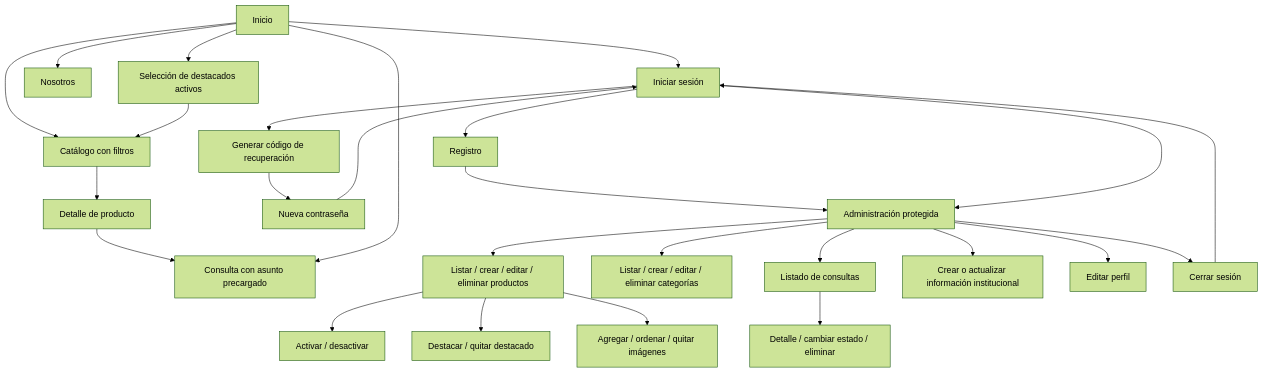
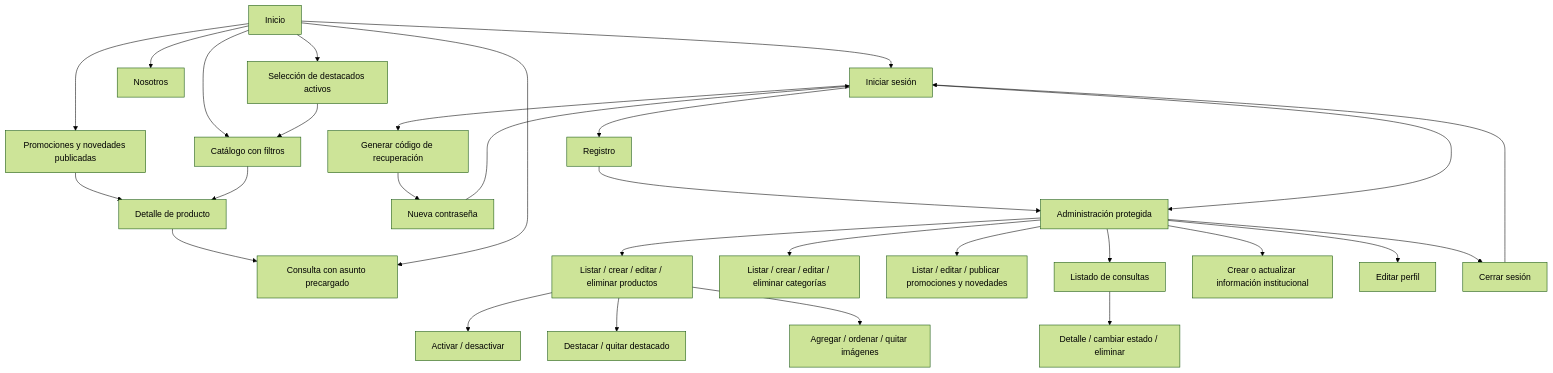
The first of 2 diagrams in docs/ARQUITECTURA.md (matiasalek/Aplicaciones-Interactivas-TPO-Frontend), drawn with Mermaid (forest theme) before and after one commit. The commit also changed other lines of this file and 15 other files, not shown here.

Commit message:
Agregar promociones y novedades

````diff
--- a/docs/ARQUITECTURA.md
+++ b/docs/ARQUITECTURA.md
@@ -35,28 +37,31 @@
 ```mermaid
 flowchart TD
   Inicio --> Catalogo[Catálogo con filtros]
   Inicio --> Destacados[Selección de destacados activos]
+  Inicio --> Novedades[Promociones y novedades publicadas]
+  Novedades --> Detalle
   Destacados --> Catalogo
   Catalogo --> Detalle[Detalle de producto]
   Detalle --> Contacto[Consulta con asunto precargado]
   Inicio --> Nosotros
   Inicio --> Contacto
   Inicio --> Acceso[Iniciar sesión]
   Acceso --> Registro
   Acceso --> Recuperar[Generar código de recuperación]
   Recuperar --> Restablecer[Nueva contraseña]
   Restablecer --> Acceso
   Registro --> Admin[Administración protegida]
   Acceso --> Admin
   Admin --> Productos[Listar / crear / editar / eliminar productos]
   Productos --> Visibilidad[Activar / desactivar]
   Productos --> Seleccion[Destacar / quitar destacado]
   Productos --> Galeria[Agregar / ordenar / quitar imágenes]
   Admin --> Categorias[Listar / crear / editar / eliminar categorías]
+  Admin --> Publicaciones[Listar / editar / publicar promociones y novedades]
   Admin --> Consultas[Listado de consultas]
   Consultas --> Consulta[Detalle / cambiar estado / eliminar]
   Admin --> Comercio[Crear o actualizar información institucional]
   Admin --> Perfil[Editar perfil]
   Admin --> Cierre[Cerrar sesión]
   Cierre --> Acceso
 ```
````
